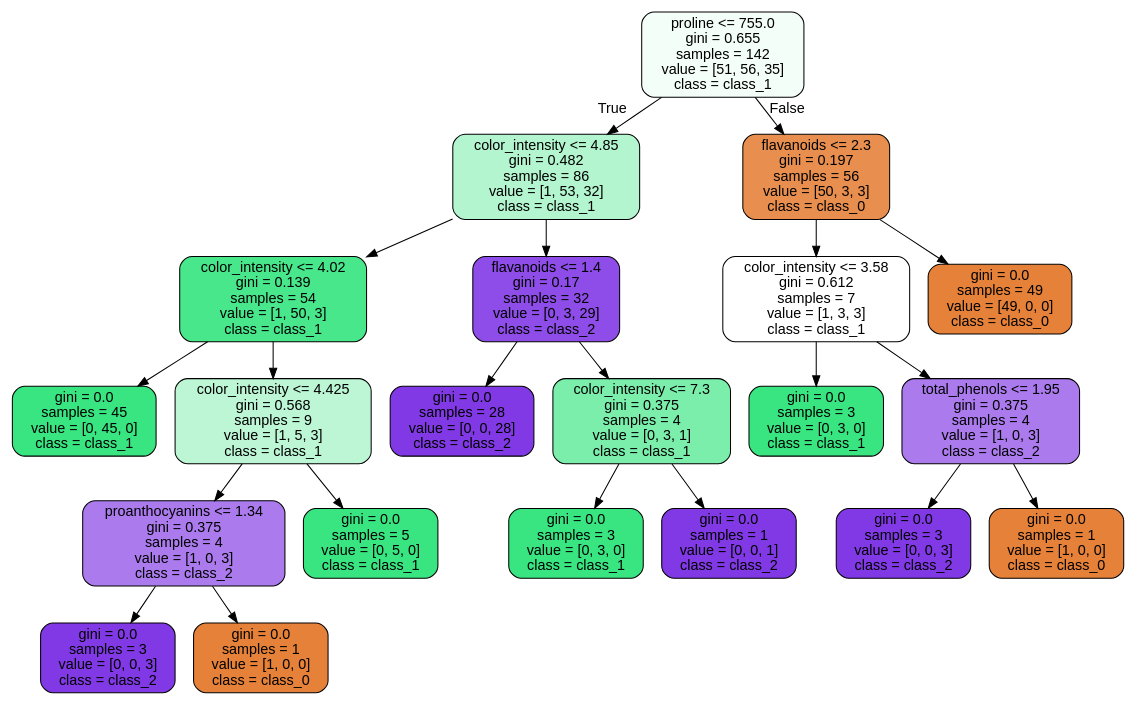
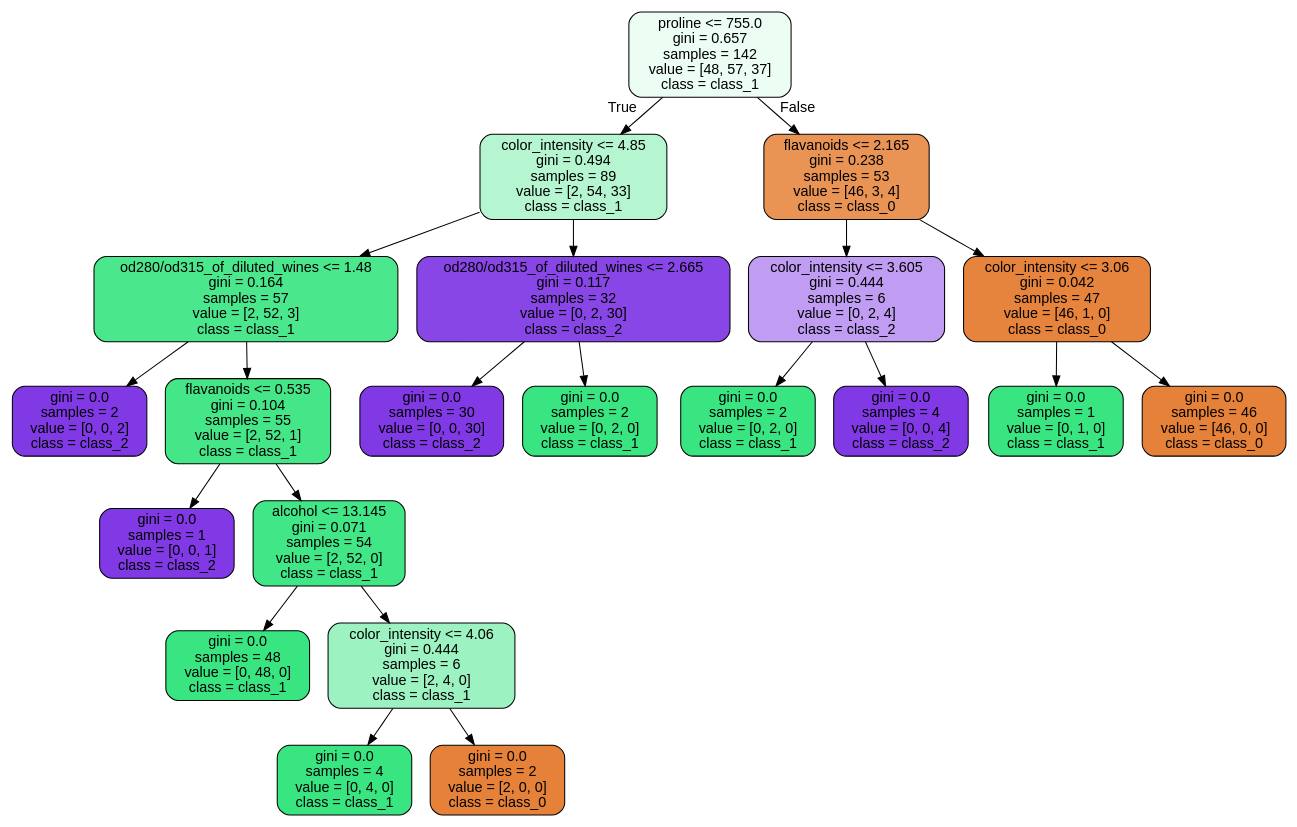
One commit to JoseDeJesusMendozaBecerril/Practica4_MineriaDeDatos changed the diagram in images/decision_trees/wine_tree_train.dot. Above: the diagram before and after it, drawn with Graphviz. The commit also changed 17 other files, not shown here.

```diff
--- a/images/decision_trees/wine_tree_train.dot
+++ b/images/decision_trees/wine_tree_train.dot
@@ -1,45 +1,45 @@
 digraph Tree {
 node [shape=box, style="filled, rounded", color="black", fontname=helvetica] ;
 edge [fontname=helvetica] ;
-0 [label="proline <= 755.0\ngini = 0.655\nsamples = 142\nvalue = [51, 56, 35]\nclass = class_1", fillcolor="#f4fef8"] ;
-1 [label="color_intensity <= 4.85\ngini = 0.482\nsamples = 86\nvalue = [1, 53, 32]\nclass = class_1", fillcolor="#b2f5ce"] ;
+0 [label="proline <= 755.0\ngini = 0.657\nsamples = 142\nvalue = [48, 57, 37]\nclass = class_1", fillcolor="#ecfdf3"] ;
+1 [label="color_intensity <= 4.85\ngini = 0.494\nsamples = 89\nvalue = [2, 54, 33]\nclass = class_1", fillcolor="#b5f5d0"] ;
 0 -> 1 [labeldistance=2.5, labelangle=45, headlabel="True"] ;
-2 [label="color_intensity <= 4.02\ngini = 0.139\nsamples = 54\nvalue = [1, 50, 3]\nclass = class_1", fillcolor="#49e78b"] ;
+2 [label="od280/od315_of_diluted_wines <= 1.48\ngini = 0.164\nsamples = 57\nvalue = [2, 52, 3]\nclass = class_1", fillcolor="#4be78d"] ;
 1 -> 2 ;
-3 [label="gini = 0.0\nsamples = 45\nvalue = [0, 45, 0]\nclass = class_1", fillcolor="#39e581"] ;
+3 [label="gini = 0.0\nsamples = 2\nvalue = [0, 0, 2]\nclass = class_2", fillcolor="#8139e5"] ;
 2 -> 3 ;
-4 [label="color_intensity <= 4.425\ngini = 0.568\nsamples = 9\nvalue = [1, 5, 3]\nclass = class_1", fillcolor="#bdf6d5"] ;
+4 [label="flavanoids <= 0.535\ngini = 0.104\nsamples = 55\nvalue = [2, 52, 1]\nclass = class_1", fillcolor="#44e688"] ;
 2 -> 4 ;
-5 [label="proanthocyanins <= 1.34\ngini = 0.375\nsamples = 4\nvalue = [1, 0, 3]\nclass = class_2", fillcolor="#ab7bee"] ;
+5 [label="gini = 0.0\nsamples = 1\nvalue = [0, 0, 1]\nclass = class_2", fillcolor="#8139e5"] ;
 4 -> 5 ;
-6 [label="gini = 0.0\nsamples = 3\nvalue = [0, 0, 3]\nclass = class_2", fillcolor="#8139e5"] ;
-5 -> 6 ;
-7 [label="gini = 0.0\nsamples = 1\nvalue = [1, 0, 0]\nclass = class_0", fillcolor="#e58139"] ;
-5 -> 7 ;
-8 [label="gini = 0.0\nsamples = 5\nvalue = [0, 5, 0]\nclass = class_1", fillcolor="#39e581"] ;
-4 -> 8 ;
-9 [label="flavanoids <= 1.4\ngini = 0.17\nsamples = 32\nvalue = [0, 3, 29]\nclass = class_2", fillcolor="#8e4de8"] ;
-1 -> 9 ;
-10 [label="gini = 0.0\nsamples = 28\nvalue = [0, 0, 28]\nclass = class_2", fillcolor="#8139e5"] ;
-9 -> 10 ;
-11 [label="color_intensity <= 7.3\ngini = 0.375\nsamples = 4\nvalue = [0, 3, 1]\nclass = class_1", fillcolor="#7beeab"] ;
-9 -> 11 ;
-12 [label="gini = 0.0\nsamples = 3\nvalue = [0, 3, 0]\nclass = class_1", fillcolor="#39e581"] ;
+6 [label="alcohol <= 13.145\ngini = 0.071\nsamples = 54\nvalue = [2, 52, 0]\nclass = class_1", fillcolor="#41e686"] ;
+4 -> 6 ;
+7 [label="gini = 0.0\nsamples = 48\nvalue = [0, 48, 0]\nclass = class_1", fillcolor="#39e581"] ;
+6 -> 7 ;
+8 [label="color_intensity <= 4.06\ngini = 0.444\nsamples = 6\nvalue = [2, 4, 0]\nclass = class_1", fillcolor="#9cf2c0"] ;
+6 -> 8 ;
+9 [label="gini = 0.0\nsamples = 4\nvalue = [0, 4, 0]\nclass = class_1", fillcolor="#39e581"] ;
+8 -> 9 ;
+10 [label="gini = 0.0\nsamples = 2\nvalue = [2, 0, 0]\nclass = class_0", fillcolor="#e58139"] ;
+8 -> 10 ;
+11 [label="od280/od315_of_diluted_wines <= 2.665\ngini = 0.117\nsamples = 32\nvalue = [0, 2, 30]\nclass = class_2", fillcolor="#8946e7"] ;
+1 -> 11 ;
+12 [label="gini = 0.0\nsamples = 30\nvalue = [0, 0, 30]\nclass = class_2", fillcolor="#8139e5"] ;
 11 -> 12 ;
-13 [label="gini = 0.0\nsamples = 1\nvalue = [0, 0, 1]\nclass = class_2", fillcolor="#8139e5"] ;
+13 [label="gini = 0.0\nsamples = 2\nvalue = [0, 2, 0]\nclass = class_1", fillcolor="#39e581"] ;
 11 -> 13 ;
-14 [label="flavanoids <= 2.3\ngini = 0.197\nsamples = 56\nvalue = [50, 3, 3]\nclass = class_0", fillcolor="#e88f4f"] ;
+14 [label="flavanoids <= 2.165\ngini = 0.238\nsamples = 53\nvalue = [46, 3, 4]\nclass = class_0", fillcolor="#e99355"] ;
 0 -> 14 [labeldistance=2.5, labelangle=-45, headlabel="False"] ;
-15 [label="color_intensity <= 3.58\ngini = 0.612\nsamples = 7\nvalue = [1, 3, 3]\nclass = class_1", fillcolor="#ffffff"] ;
+15 [label="color_intensity <= 3.605\ngini = 0.444\nsamples = 6\nvalue = [0, 2, 4]\nclass = class_2", fillcolor="#c09cf2"] ;
 14 -> 15 ;
-16 [label="gini = 0.0\nsamples = 3\nvalue = [0, 3, 0]\nclass = class_1", fillcolor="#39e581"] ;
+16 [label="gini = 0.0\nsamples = 2\nvalue = [0, 2, 0]\nclass = class_1", fillcolor="#39e581"] ;
 15 -> 16 ;
-17 [label="total_phenols <= 1.95\ngini = 0.375\nsamples = 4\nvalue = [1, 0, 3]\nclass = class_2", fillcolor="#ab7bee"] ;
+17 [label="gini = 0.0\nsamples = 4\nvalue = [0, 0, 4]\nclass = class_2", fillcolor="#8139e5"] ;
 15 -> 17 ;
-18 [label="gini = 0.0\nsamples = 3\nvalue = [0, 0, 3]\nclass = class_2", fillcolor="#8139e5"] ;
-17 -> 18 ;
-19 [label="gini = 0.0\nsamples = 1\nvalue = [1, 0, 0]\nclass = class_0", fillcolor="#e58139"] ;
-17 -> 19 ;
-20 [label="gini = 0.0\nsamples = 49\nvalue = [49, 0, 0]\nclass = class_0", fillcolor="#e58139"] ;
-14 -> 20 ;
+18 [label="color_intensity <= 3.06\ngini = 0.042\nsamples = 47\nvalue = [46, 1, 0]\nclass = class_0", fillcolor="#e6843d"] ;
+14 -> 18 ;
+19 [label="gini = 0.0\nsamples = 1\nvalue = [0, 1, 0]\nclass = class_1", fillcolor="#39e581"] ;
+18 -> 19 ;
+20 [label="gini = 0.0\nsamples = 46\nvalue = [46, 0, 0]\nclass = class_0", fillcolor="#e58139"] ;
+18 -> 20 ;
 }
```
